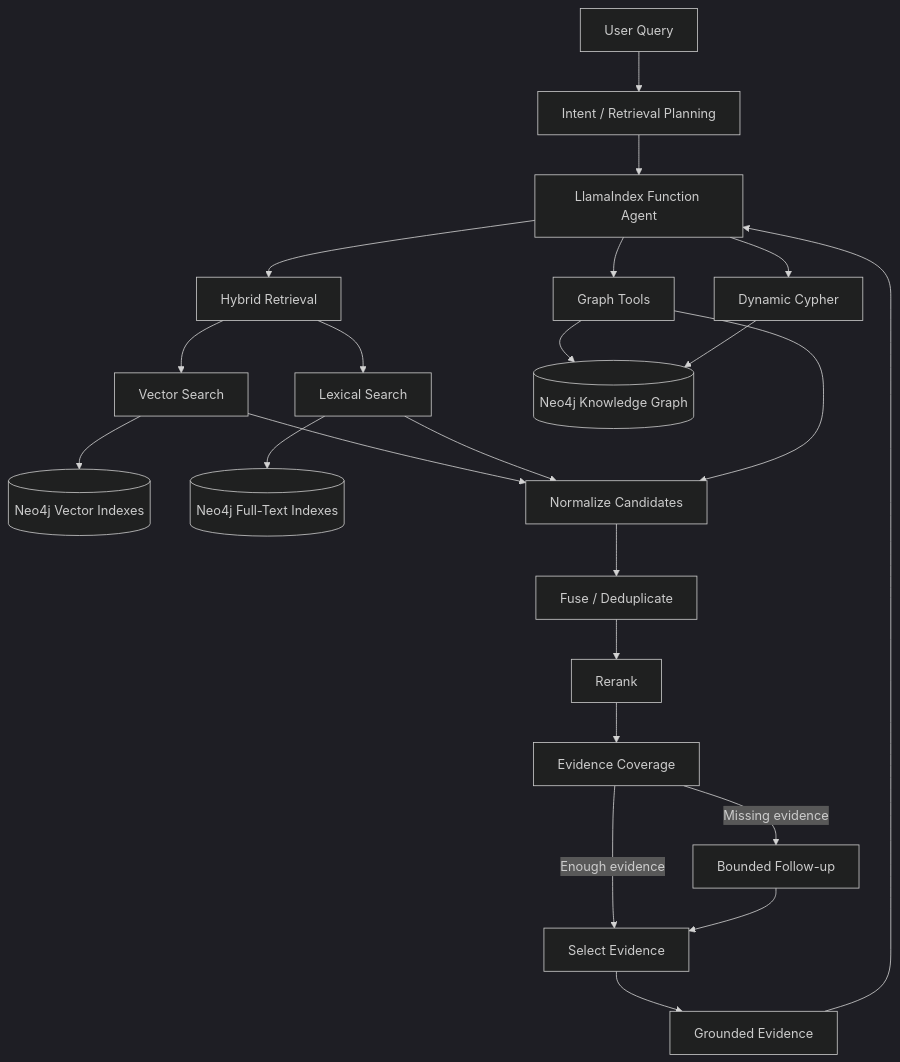
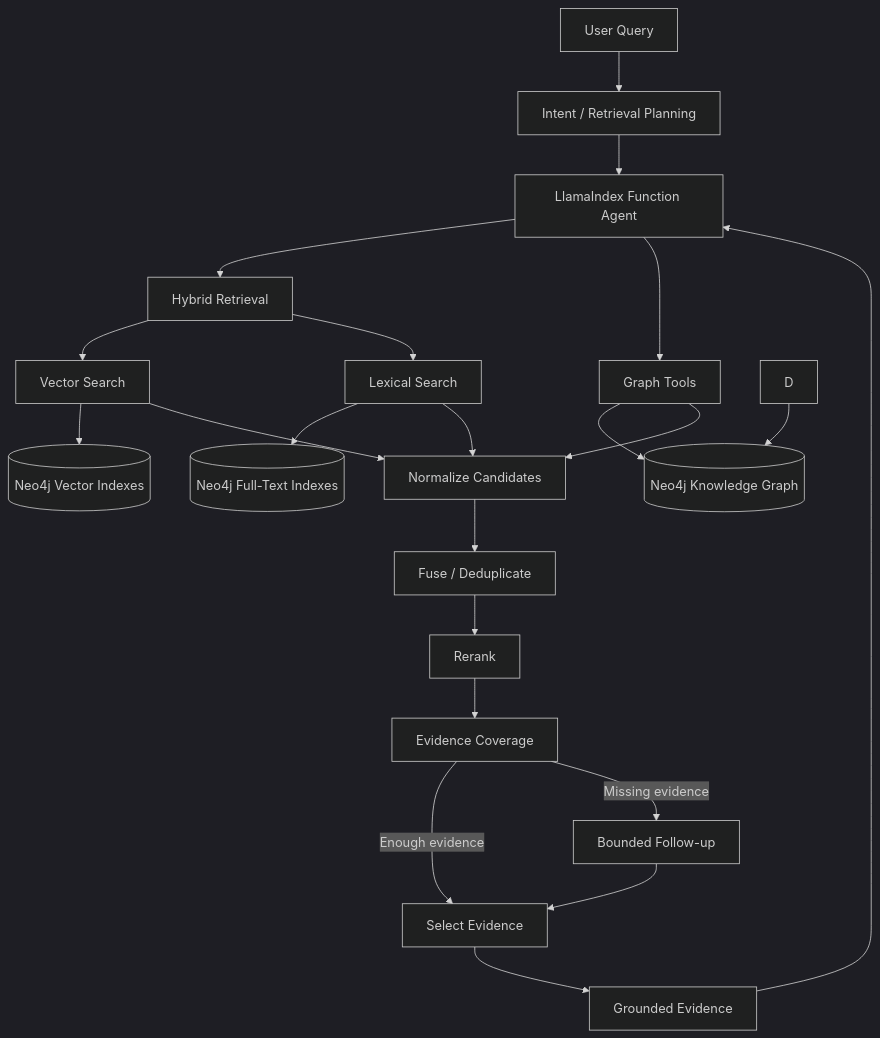
The diagram in README.md (saadahmed388/nexus-graph), drawn with Mermaid (dark theme) before and after one commit.

````diff
--- a/README.md
+++ b/README.md
@@ -44,32 +44,31 @@
 ```mermaid
 flowchart TD
     U[User Query] --> I[Intent / Retrieval Planning]
     I --> A[LlamaIndex Function Agent]
 
     A --> H[Hybrid Retrieval]
     A --> G[Graph Tools]
-    A --> D[Dynamic Cypher]
 
     H --> V[Vector Search]
     H --> L[Lexical Search]
 
     V --> NV[(Neo4j Vector Indexes)]
     L --> NL[(Neo4j Full-Text Indexes)]
     G --> NG[(Neo4j Knowledge Graph)]
     D --> NG
 
     V --> N[Normalize Candidates]
     L --> N
     G --> N
 
     N --> F[Fuse / Deduplicate]
     F --> R[Rerank]
     R --> C[Evidence Coverage]
 
     C -->|Enough evidence| E[Select Evidence]
     C -->|Missing evidence| X[Bounded Follow-up]
     X --> E
 
     E --> O[Grounded Evidence]
     O --> A
 ```
````
